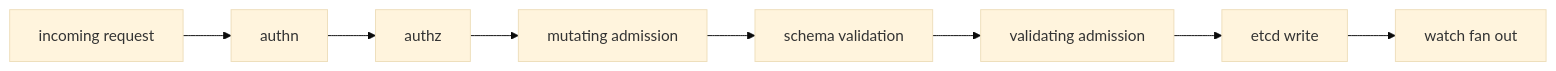
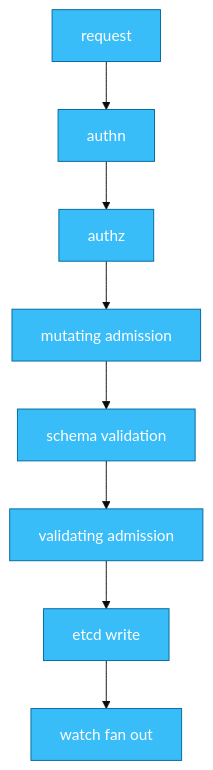
Before and after one commit to sanketsudake/k8s-worksheet: the first of 4 diagrams in chapters/ch02.md, drawn with Mermaid (base theme). The commit also changed other lines of this file, not shown here.

Commit message:
ch02: bring diagrams within the print-size gate
Shortened labels and message text, applied the semantic palette to
flowcharts, and added autonumber to sequence diagrams. Participants,
nodes and edges are unchanged.

````diff
--- a/chapters/ch02.md
+++ b/chapters/ch02.md
@@ -11,10 +11,13 @@
 ```mermaid
-flowchart LR
-  REQ[incoming request] --> AUTHN[authn]
+flowchart TD
+  REQ[request] --> AUTHN[authn]
   AUTHN --> AUTHZ[authz]
   AUTHZ --> MUT[mutating admission]
   MUT --> VAL[schema validation]
   VAL --> VADM[validating admission]
   VADM --> STORE[etcd write]
   STORE --> FAN[watch fan out]
+
+  classDef process fill:#38bdf8,stroke:#0369a1,color:#fff
+  class REQ,AUTHN,AUTHZ,MUT,VAL,VADM,STORE,FAN process
 ```
````
